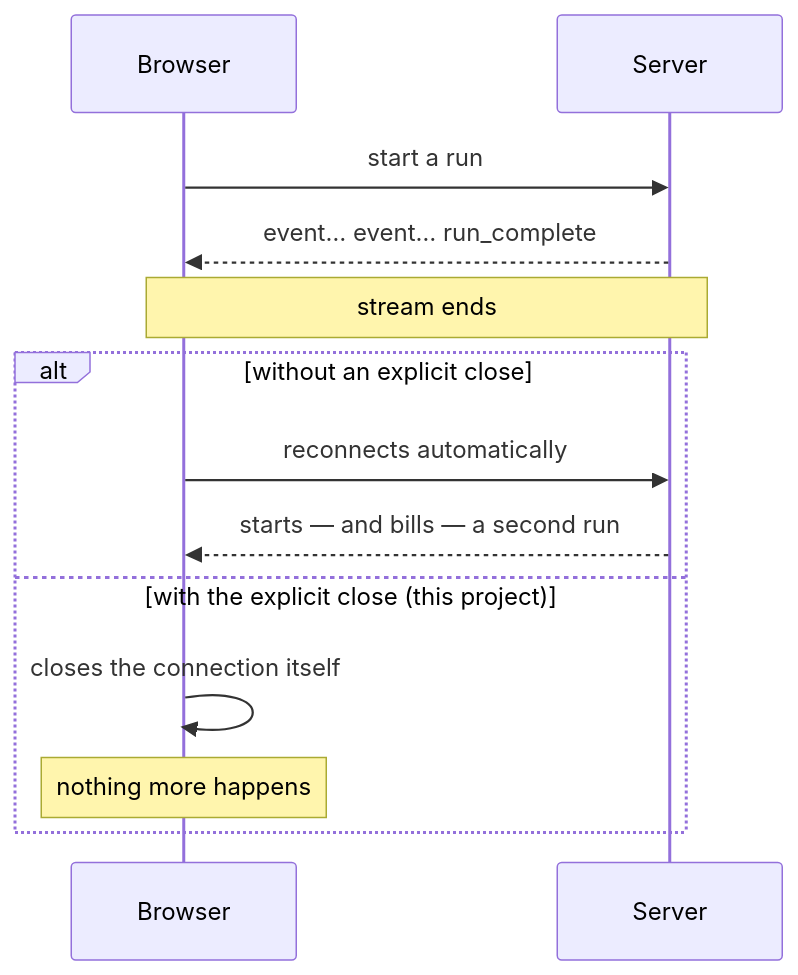
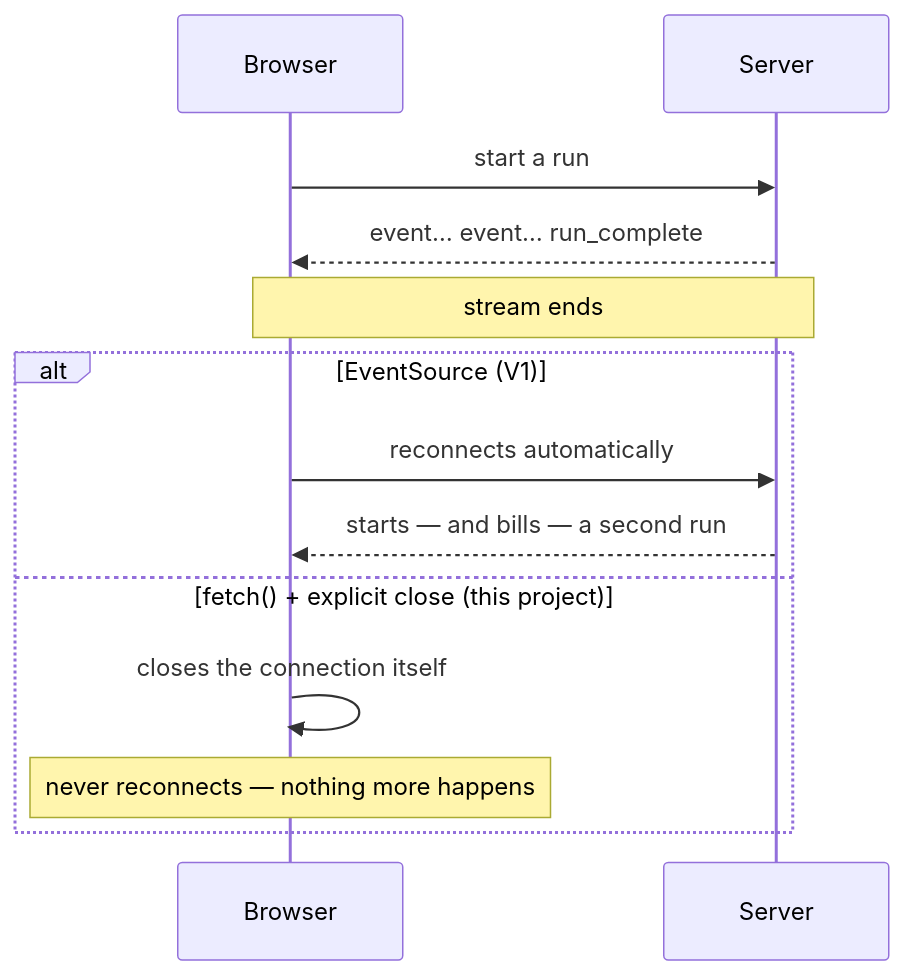
One commit to a-j-rz/agent-choir-studio-2 changed the second of 15 diagrams in AGENT_CHOIR_V2_GLOSSARY_NON_TECHNICAL.md. Above: the diagram before and after it, drawn with Mermaid. The commit also changed other lines of this file and 6 other files, not shown here.

````diff
--- a/AGENT_CHOIR_V2_GLOSSARY_NON_TECHNICAL.md
+++ b/AGENT_CHOIR_V2_GLOSSARY_NON_TECHNICAL.md
@@ -55,15 +58,15 @@
 ```mermaid
 sequenceDiagram
     participant B as Browser
     participant S as Server
     B->>S: start a run
     S-->>B: event… event… run_complete
     Note over B,S: stream ends
-    alt without an explicit close
+    alt EventSource (V1)
         B->>S: reconnects automatically
         S-->>B: starts — and bills — a second run
-    else with the explicit close (this project)
+    else fetch() + explicit close (this project)
         B->>B: closes the connection itself
-        Note over B: nothing more happens
+        Note over B: never reconnects — nothing more happens
     end
 ```
````
